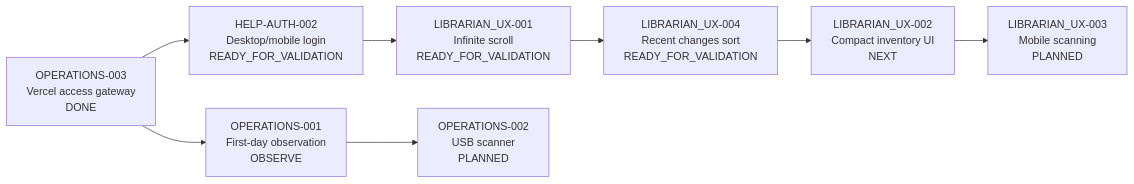
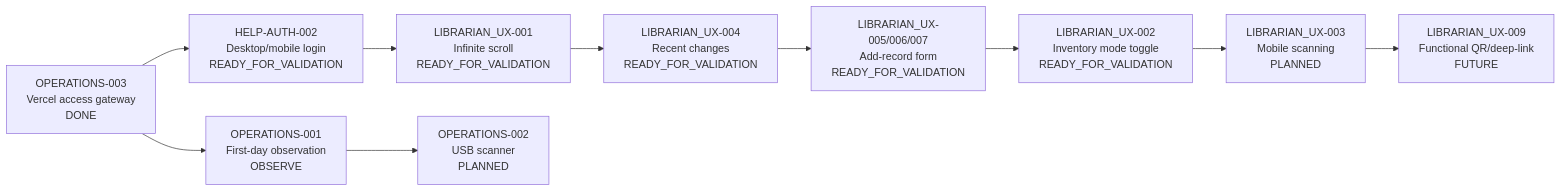
The diagram in docs/ROADMAP.md (oregu93/music-school-lib), drawn with Mermaid before and after one commit. The commit also changed other lines of this file, not shown here.

Commit message:
Update roadmap for librarian UX package

````diff
--- a/docs/ROADMAP.md
+++ b/docs/ROADMAP.md
@@ -11,10 +12,12 @@
 ```mermaid
 flowchart LR
   A[OPERATIONS-003<br/>Vercel access gateway<br/>DONE] --> B[HELP-AUTH-002<br/>Desktop/mobile login<br/>READY_FOR_VALIDATION]
   B --> C[LIBRARIAN_UX-001<br/>Infinite scroll<br/>READY_FOR_VALIDATION]
-  C --> D[LIBRARIAN_UX-004<br/>Recent changes sort<br/>READY_FOR_VALIDATION]
-  D --> E[LIBRARIAN_UX-002<br/>Compact inventory UI<br/>NEXT]
-  E --> F[LIBRARIAN_UX-003<br/>Mobile scanning<br/>PLANNED]
-  A --> G[OPERATIONS-001<br/>First-day observation<br/>OBSERVE]
-  G --> H[OPERATIONS-002<br/>USB scanner<br/>PLANNED]
+  C --> D[LIBRARIAN_UX-004<br/>Recent changes<br/>READY_FOR_VALIDATION]
+  D --> E[LIBRARIAN_UX-005/006/007<br/>Add-record form<br/>READY_FOR_VALIDATION]
+  E --> F[LIBRARIAN_UX-002<br/>Inventory mode toggle<br/>READY_FOR_VALIDATION]
+  F --> G[LIBRARIAN_UX-003<br/>Mobile scanning<br/>PLANNED]
+  G --> H[LIBRARIAN_UX-009<br/>Functional QR/deep-link<br/>FUTURE]
+  A --> I[OPERATIONS-001<br/>First-day observation<br/>OBSERVE]
+  I --> J[OPERATIONS-002<br/>USB scanner<br/>PLANNED]
 ```
````
